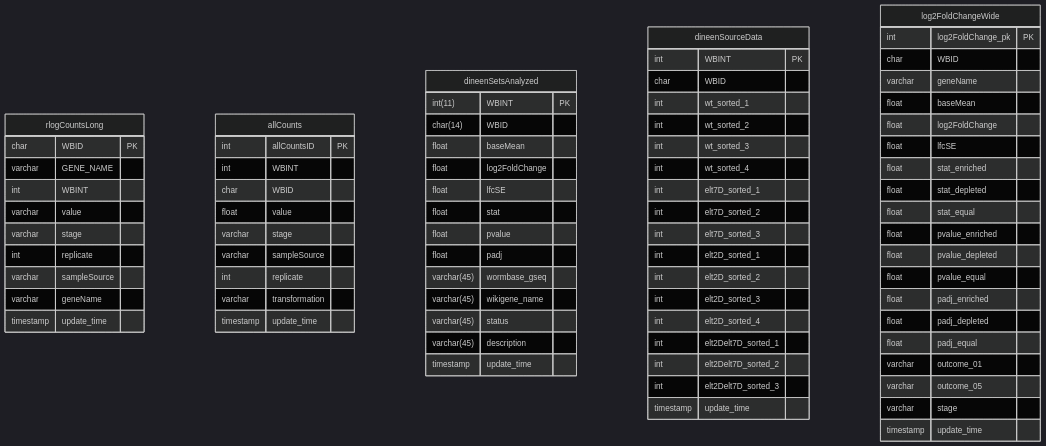
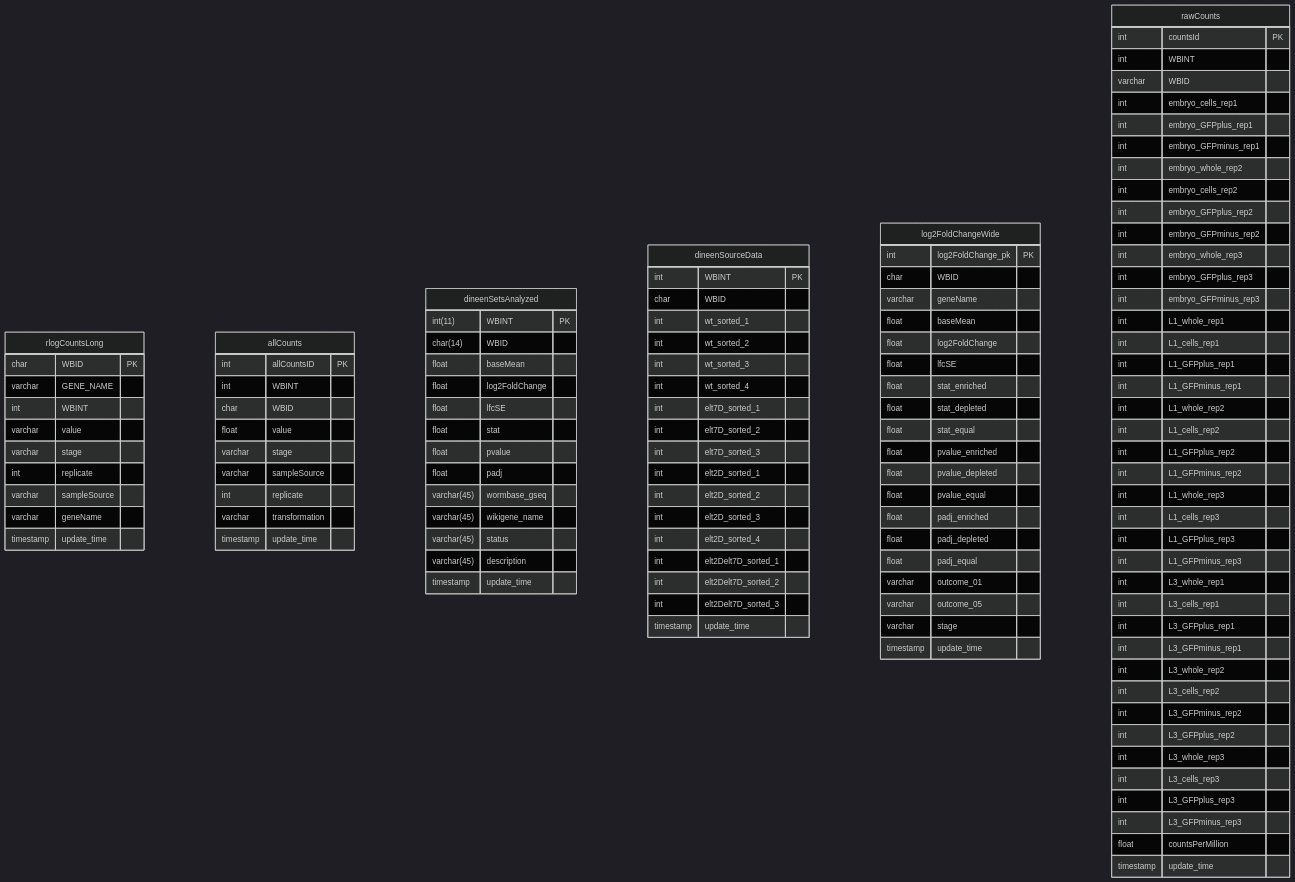
The diagram in README.md (meekrob/OnishRDB), drawn with Mermaid (dark theme) before and after one commit.

````diff
--- a/README.md
+++ b/README.md
@@ -173,4 +173,46 @@
 timestamp update_time
 }
 
+rawCounts {
+int countsId PK
+int WBINT
+varchar WBID
+int embryo_cells_rep1
+int embryo_GFPplus_rep1
+int embryo_GFPminus_rep1
+int embryo_whole_rep2
+int embryo_cells_rep2
+int embryo_GFPplus_rep2
+int embryo_GFPminus_rep2
+int embryo_whole_rep3
+int embryo_GFPplus_rep3
+int embryo_GFPminus_rep3
+int L1_whole_rep1
+int L1_cells_rep1
+int L1_GFPplus_rep1
+int L1_GFPminus_rep1
+int L1_whole_rep2
+int L1_cells_rep2
+int L1_GFPplus_rep2
+int L1_GFPminus_rep2
+int L1_whole_rep3
+int L1_cells_rep3
+int L1_GFPplus_rep3
+int L1_GFPminus_rep3
+int L3_whole_rep1
+int L3_cells_rep1
+int L3_GFPplus_rep1
+int L3_GFPminus_rep1
+int L3_whole_rep2
+int L3_cells_rep2
+int L3_GFPminus_rep2
+int L3_GFPplus_rep2
+int L3_whole_rep3
+int L3_cells_rep3
+int L3_GFPplus_rep3
+int L3_GFPminus_rep3
+float countsPerMillion
+timestamp update_time
+}
+
 ```
````
